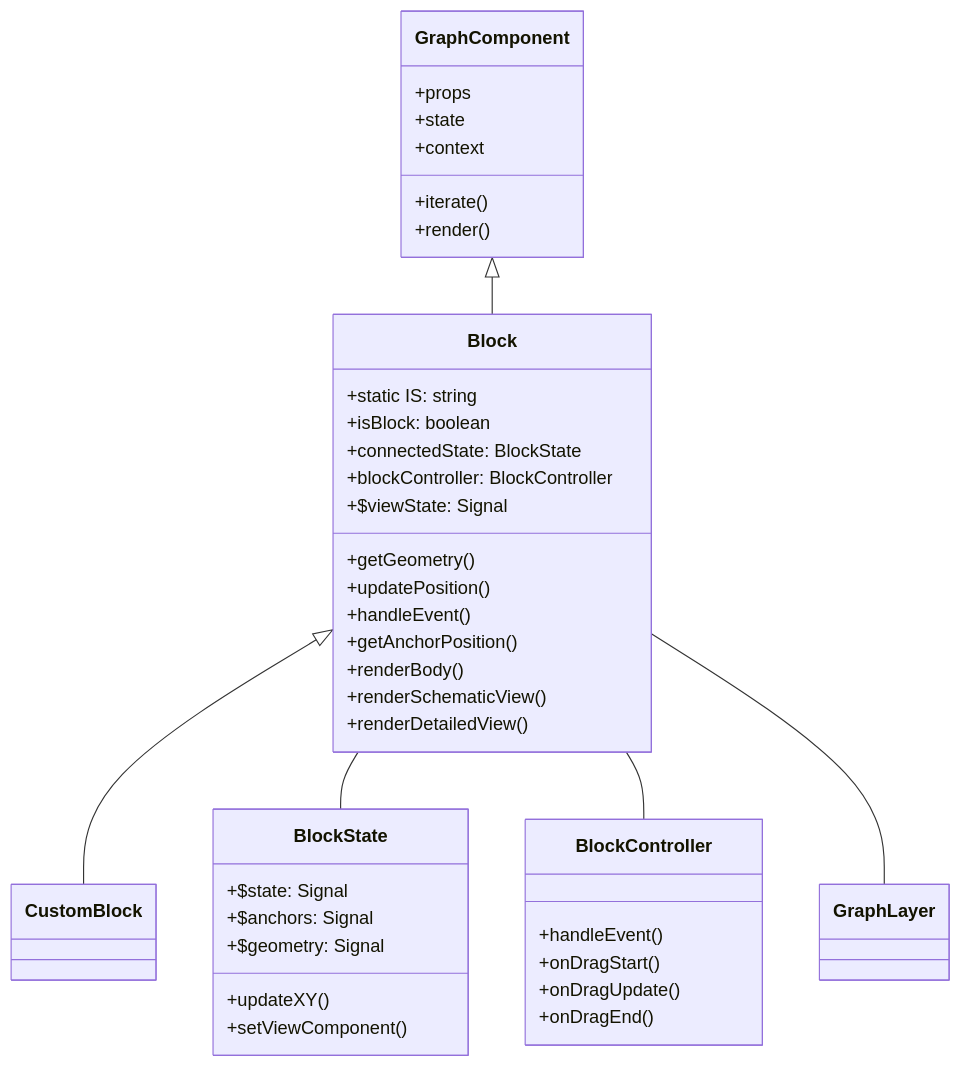
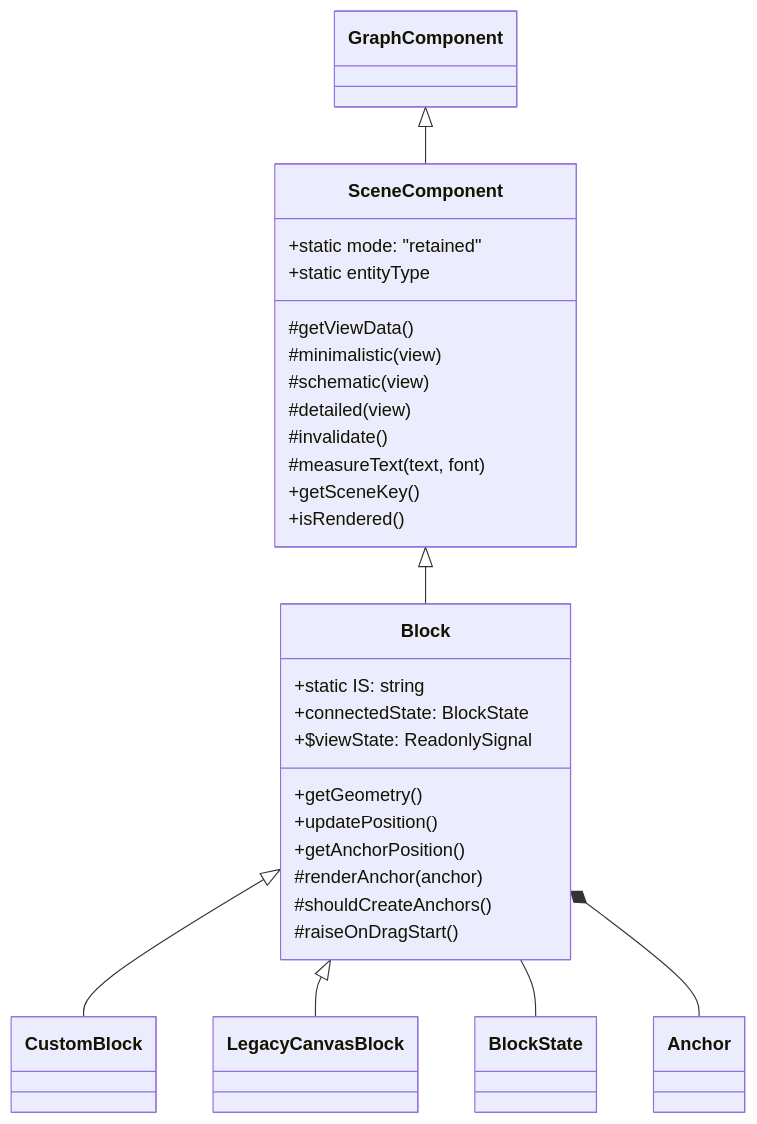
The diagram in packages/graph/docs/components/block-component.md (gravity-ui/graph), drawn with Mermaid before and after one commit. The commit also changed other lines of this file and 171 other files, not shown here.

First line of the commit message:
feat(graph): blocks and anchors draw through the scene

````diff
--- a/packages/graph/docs/components/block-component.md
+++ b/packages/graph/docs/components/block-component.md
@@ -9,46 +8,34 @@
 ```mermaid
 classDiagram
-    GraphComponent <|-- Block
+    GraphComponent <|-- SceneComponent
+    SceneComponent <|-- Block
     Block <|-- CustomBlock
+    Block <|-- LegacyCanvasBlock
     Block -- BlockState
-    Block -- BlockController
-    Block -- GraphLayer
-    
-    class GraphComponent {
-        +props
-        +state
-        +context
-        +iterate()
-        +render()
+    Block *-- Anchor
+
+    class SceneComponent {
+        +static mode: "retained"
+        +static entityType
+        #getViewData()
+        #minimalistic(view)
+        #schematic(view)
+        #detailed(view)
+        #invalidate()
+        #measureText(text, font)
+        +getSceneKey()
+        +isRendered()
     }
-    
+
     class Block {
         +static IS: string
-        +isBlock: boolean
         +connectedState: BlockState
-        +blockController: BlockController
-        +$viewState: Signal
+        +$viewState: ReadonlySignal
         +getGeometry()
         +updatePosition()
-        +handleEvent()
         +getAnchorPosition()
-        +renderBody()
-        +renderSchematicView()
-        +renderDetailedView()
-    }
-    
-    class BlockState {
-        +$state: Signal
-        +$anchors: Signal
-        +$geometry: Signal
-        +updateXY()
-        +setViewComponent()
-    }
-    
-    class BlockController {
-        +handleEvent()
-        +onDragStart()
-        +onDragUpdate()
-        +onDragEnd()
+        #renderAnchor(anchor)
+        #shouldCreateAnchors()
+        #raiseOnDragStart()
     }
 ```
````
